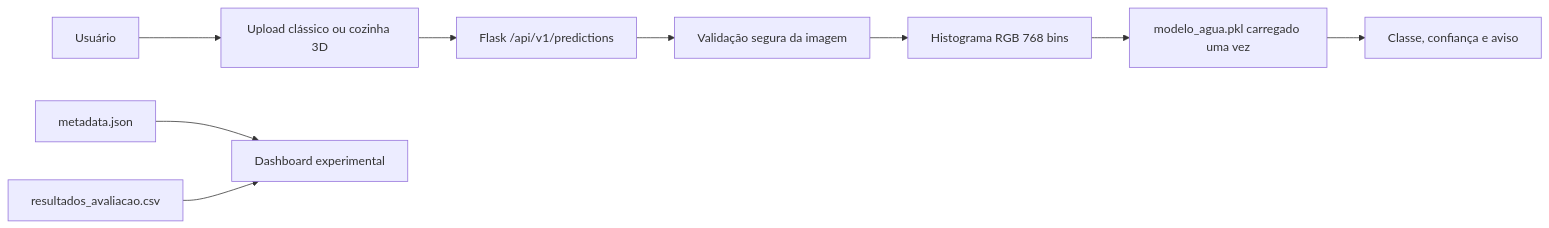
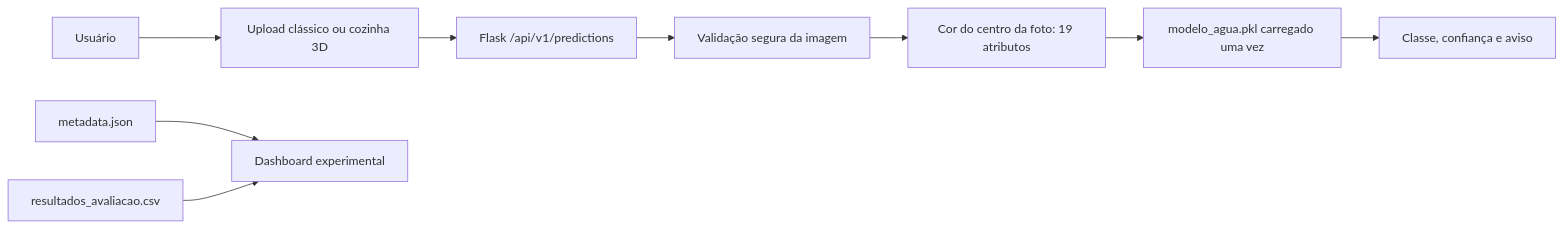
One commit to PedroArlyx/water-clarity-classifier changed the first of 6 diagrams in docs/ARQUITETURA.md. Above: the diagram before and after it, drawn with Mermaid. The commit also changed other lines of this file and 25 other files, not shown here.

````diff
--- a/docs/ARQUITETURA.md
+++ b/docs/ARQUITETURA.md
@@ -5,11 +5,11 @@
 ```mermaid
 flowchart LR
     U[Usuário] --> UI[Upload clássico ou cozinha 3D]
     UI --> API[Flask /api/v1/predictions]
     API --> V[Validação segura da imagem]
-    V --> F[Histograma RGB 768 bins]
+    V --> F[Cor do centro da foto: 19 atributos]
     F --> M[modelo_agua.pkl carregado uma vez]
     M --> R[Classe, confiança e aviso]
     META[metadata.json] --> DASH[Dashboard experimental]
     CSV[resultados_avaliacao.csv] --> DASH
 ```
````
